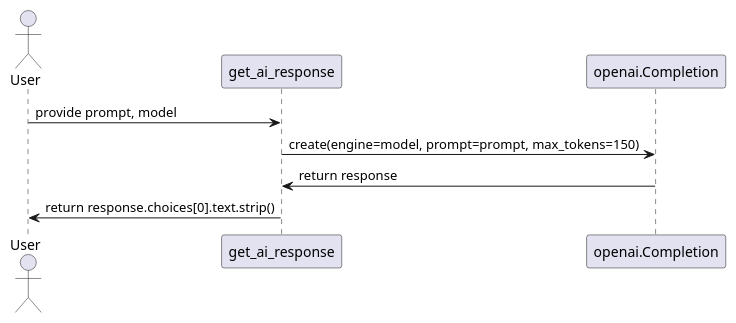
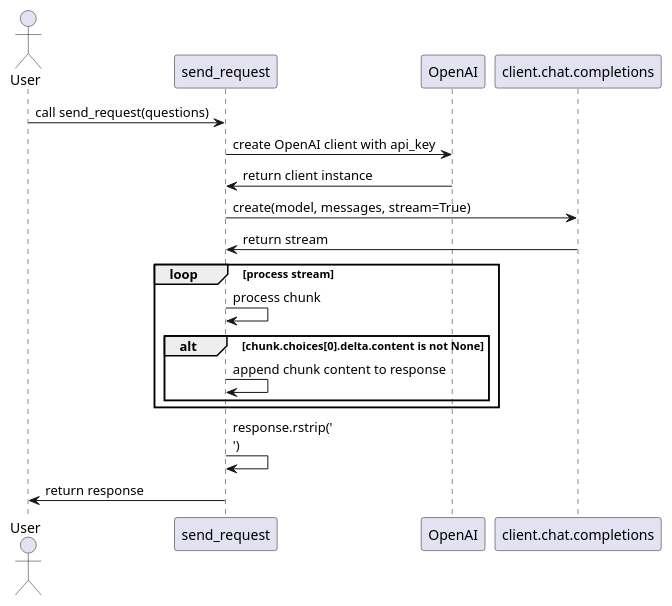
One commit to NoahS20/Grad-Project changed the diagram in Diagrams/Sequence Diagrams/BackEnd/getAIResponseUMLSequence.wsd. Above: the diagram before and after it, drawn with PlantUML. The commit also changed 8 other files, not shown here.

```diff
--- a/Diagrams/Sequence Diagrams/BackEnd/getAIResponseUMLSequence.wsd
+++ b/Diagrams/Sequence Diagrams/BackEnd/getAIResponseUMLSequence.wsd
@@ -1,10 +1,23 @@
 @startuml
 actor User
-participant get_ai_response
-participant openai.Completion
 
-User -> get_ai_response: provide prompt, model
-get_ai_response -> openai.Completion: create(engine=model, prompt=prompt, max_tokens=150)
-openai.Completion -> get_ai_response: return response
-get_ai_response -> User: return response.choices[0].text.strip()
+participant send_request
+participant OpenAI
+participant client.chat.completions
+
+User -> send_request: call send_request(questions)
+send_request -> OpenAI: create OpenAI client with api_key
+OpenAI -> send_request: return client instance
+send_request -> client.chat.completions: create(model, messages, stream=True)
+client.chat.completions -> send_request: return stream
+
+loop process stream
+    send_request -> send_request: process chunk
+    alt chunk.choices[0].delta.content is not None
+        send_request -> send_request: append chunk content to response
+    end
+end
+
+send_request -> send_request: response.rstrip('\n')
+send_request -> User: return response
 @enduml
```
